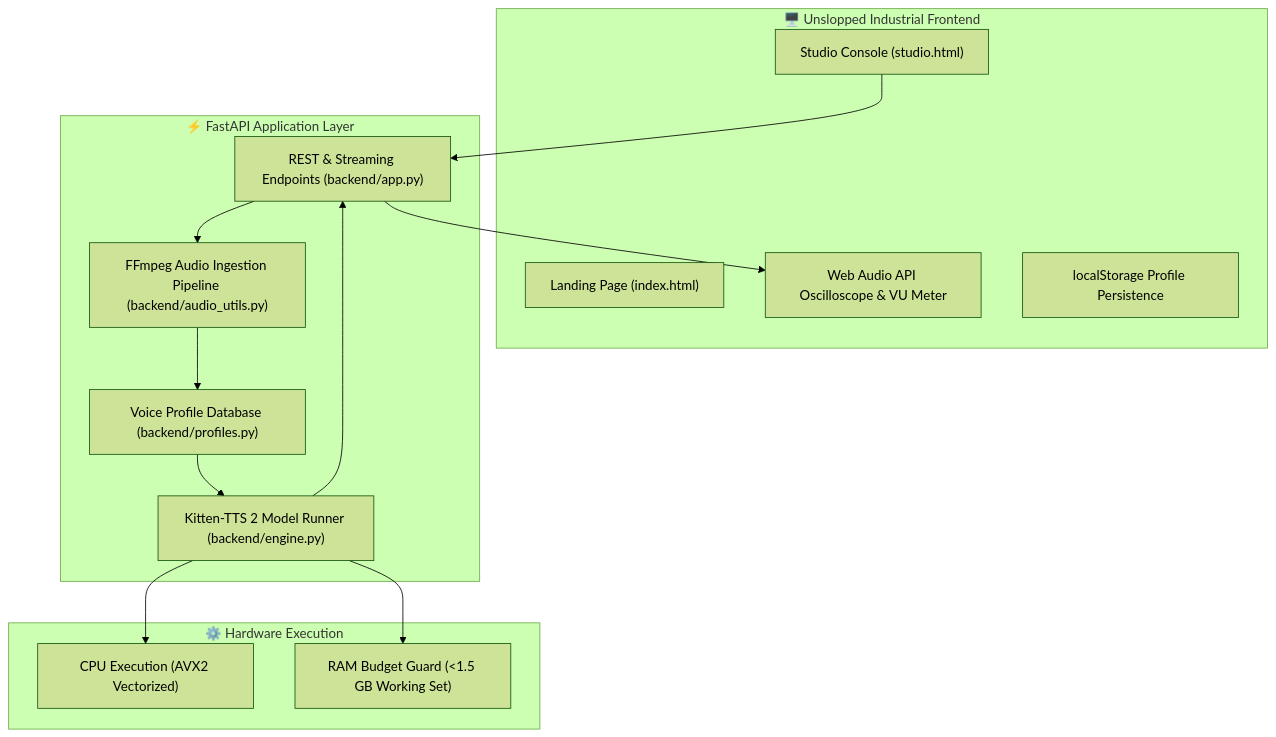
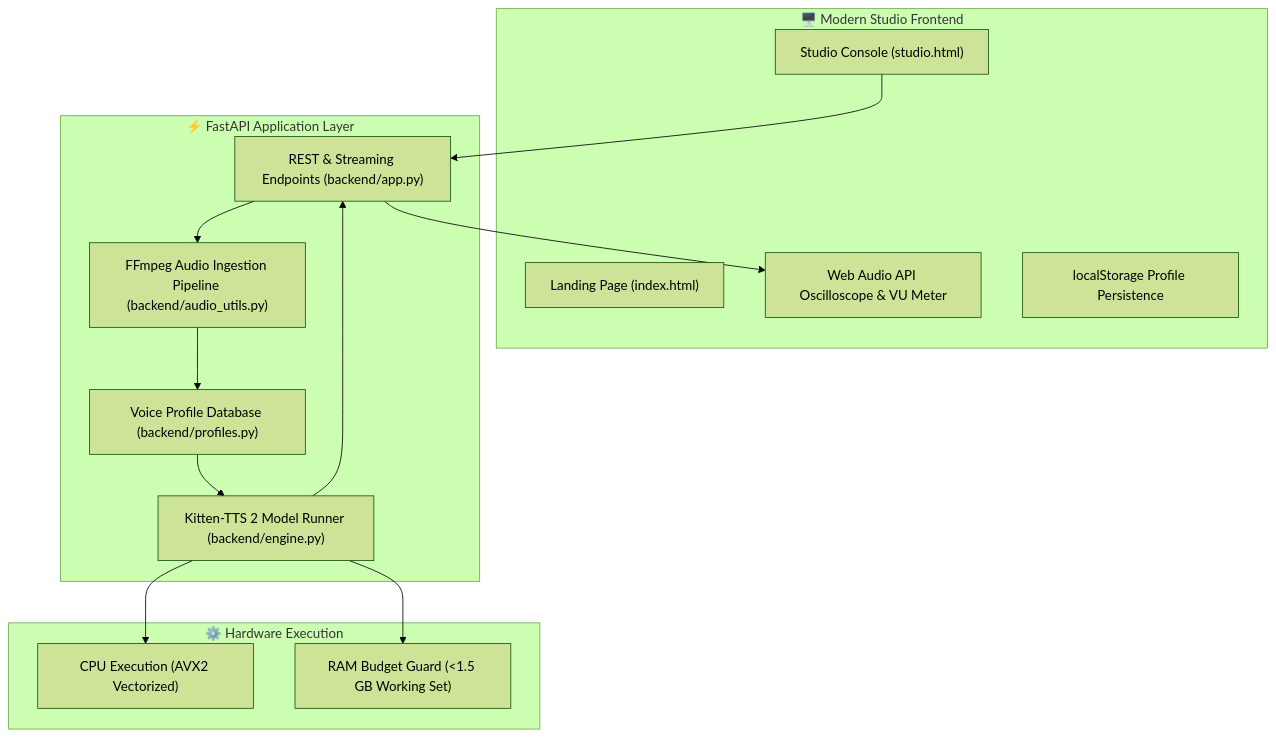
The diagram in README.md (SahooShuvranshu/KittenTTS-Studio), drawn with Mermaid (forest theme) before and after one commit. The commit also changed other lines of this file and 9 other files, not shown here.

````diff
--- a/README.md
+++ b/README.md
@@ -66,30 +65,30 @@
 ```mermaid
 flowchart TD
-    subgraph Frontend["🖥️ Unslopped Industrial Frontend"]
+    subgraph Frontend["🖥️ Modern Studio Frontend"]
         Landing["Landing Page (index.html)"]
         Studio["Studio Console (studio.html)"]
         Oscilloscope["Web Audio API Oscilloscope & VU Meter"]
         ProfileMemory["localStorage Profile Persistence"]
     end
 
     subgraph Backend["⚡ FastAPI Application Layer"]
         Router["REST & Streaming Endpoints (backend/app.py)"]
         AudioPipeline["FFmpeg Audio Ingestion Pipeline (backend/audio_utils.py)"]
         ProfileStore["Voice Profile Database (backend/profiles.py)"]
         KittenEngine["Kitten-TTS 2 Model Runner (backend/engine.py)"]
     end
 
     subgraph Hardware["⚙️ Hardware Execution"]
         CPU["CPU Execution (AVX2 Vectorized)"]
         RAM["RAM Budget Guard (<1.5 GB Working Set)"]
     end
 
     Studio --> Router
     Router --> AudioPipeline
     AudioPipeline --> ProfileStore
     ProfileStore --> KittenEngine
     KittenEngine --> CPU
     KittenEngine --> RAM
     KittenEngine --> Router
     Router --> Oscilloscope
 ```
````
